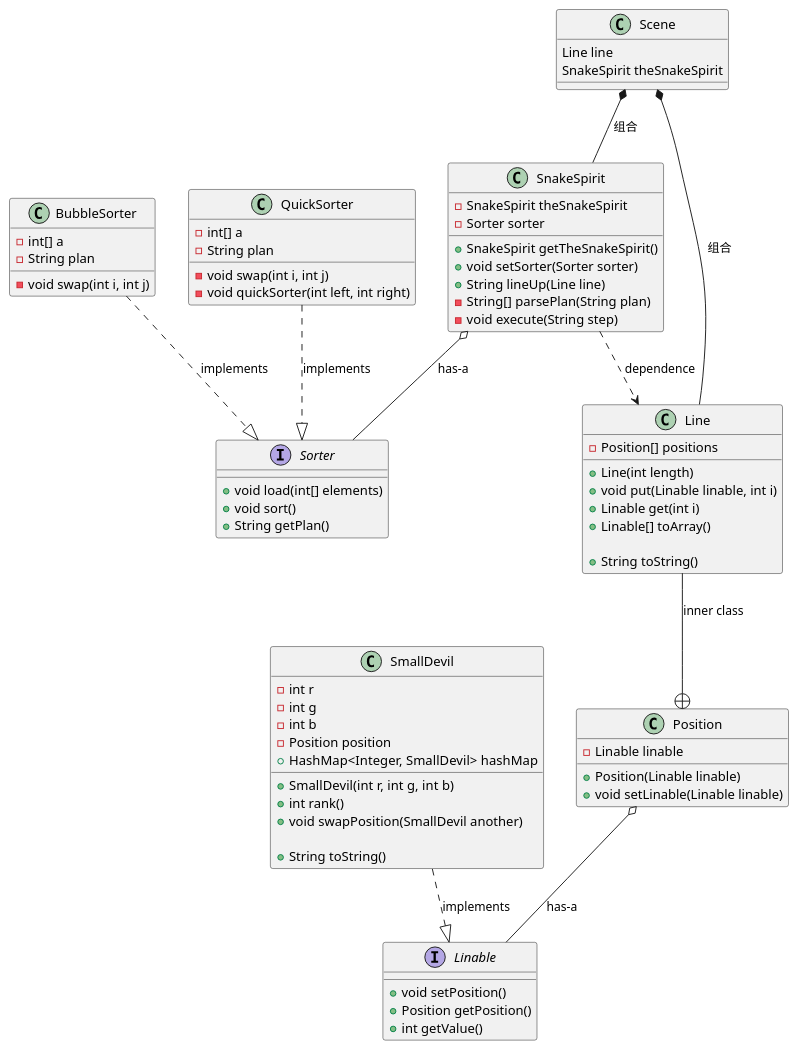
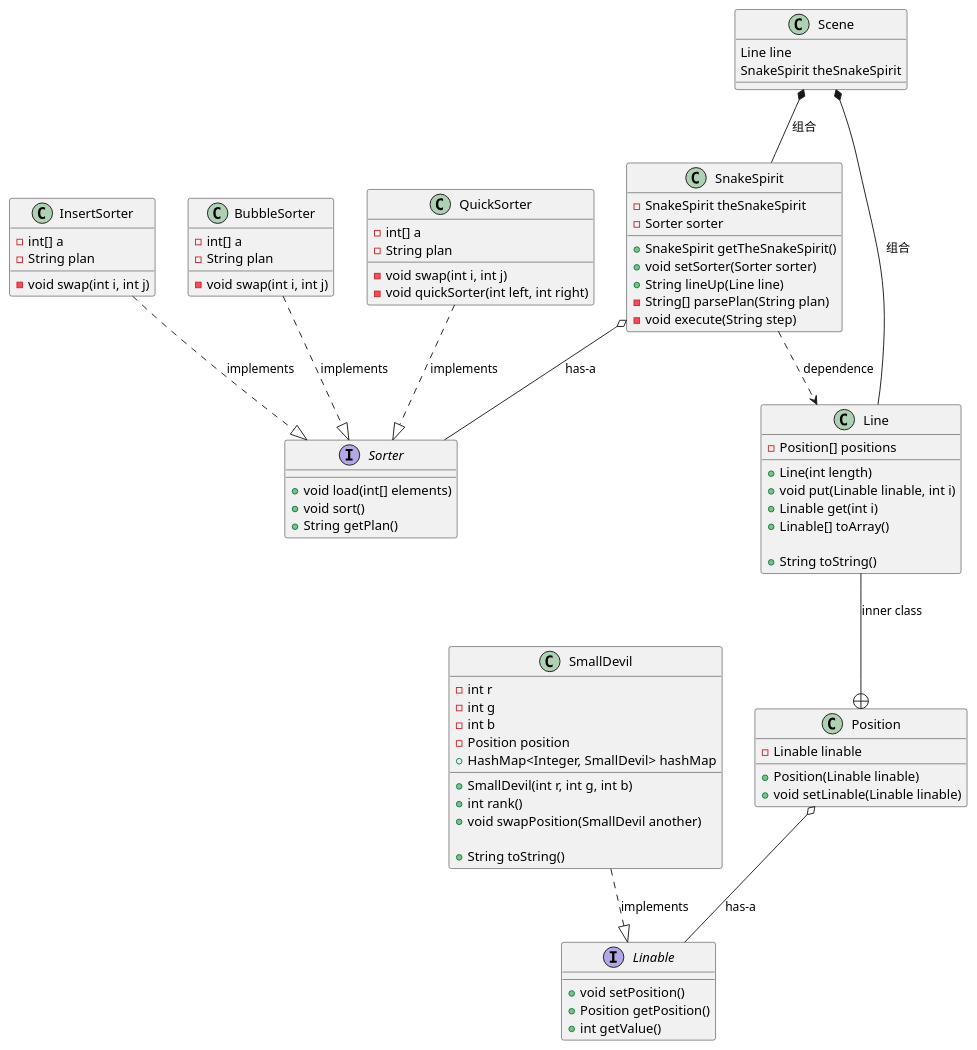
One commit to JOJO-Young/PUBLIC changed the diagram in j02/characters2.pu. Above: the diagram before and after it, drawn with PlantUML. The commit also changed 1 other file, not shown here.

```diff
--- a/j02/characters2.pu
+++ b/j02/characters2.pu
@@ -1,92 +1,100 @@
 @startuml
 class Line{
 
     -Position[] positions
 
     +Line(int length)
     +void put(Linable linable, int i)
     +Linable get(int i)
     +Linable[] toArray()
 
     +String toString()
 }
 
 Class Position{
 
     -Linable linable
 
     +Position(Linable linable)
     +void setLinable(Linable linable)
 }
 
 Interface Linable{
     
     +void setPosition()
     +Position getPosition()
     +int getValue()
 }
 
 Interface Sorter{
     
     +void load(int[] elements)
     +void sort()
     +String getPlan()
 }
 Class SmallDevil{
 
     -int r
     -int g
     -int b
     -Position position
     +HashMap<Integer, SmallDevil> hashMap
 
     +SmallDevil(int r, int g, int b)
     +int rank()
     +void swapPosition(SmallDevil another)
 
     +String toString()
 }
 
 Class BubbleSorter{
 
     -int[] a
     -String plan
 
     -void swap(int i, int j)
 }
 
 Class QuickSorter{
     -int[] a
     -String plan
     
     -void swap(int i, int j)
     -void quickSorter(int left, int right)
 }
+
+Class InsertSorter{
+    -int[] a
+    -String plan
+
+    -void swap(int i, int j)
+}
  
 Class SnakeSpirit{
 
     -SnakeSpirit theSnakeSpirit
     -Sorter sorter
     
     +SnakeSpirit getTheSnakeSpirit()
     +void setSorter(Sorter sorter)
     +String lineUp(Line line)
     -String[] parsePlan(String plan)
     -void execute(String step)
 }
 
 Class Scene{
     Line line
     SnakeSpirit theSnakeSpirit
 }
 
 Scene *-- Line : 组合
 Scene *-- SnakeSpirit : 组合
 SnakeSpirit ..> Line : dependence
 Line --+ Position: inner class
 SmallDevil ..|> Linable : implements
 BubbleSorter ..|> Sorter : implements
 QuickSorter ..|> Sorter : implements
+InsertSorter ..|> Sorter : implements
 Position o-- Linable : has-a
 SnakeSpirit o-- Sorter : has-a
 @enduml
```
